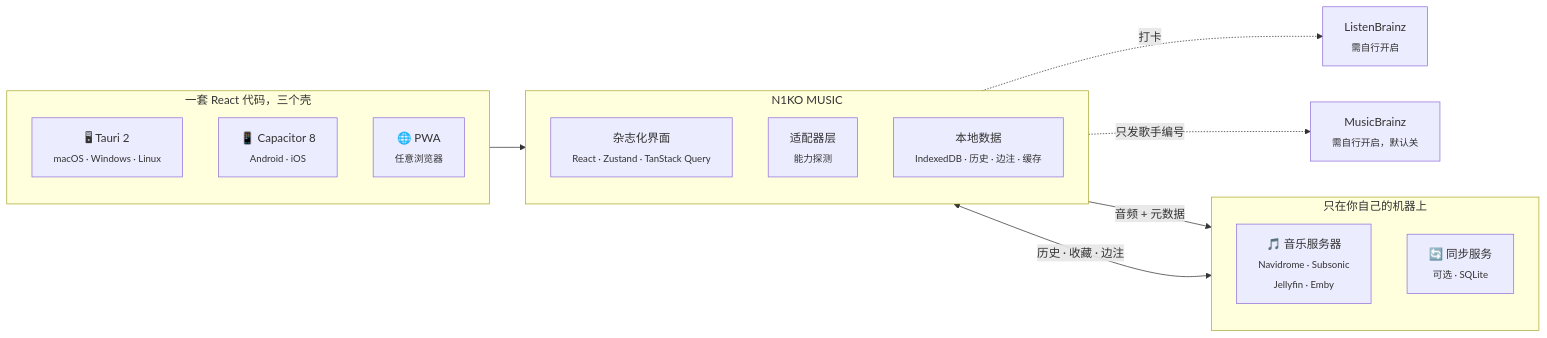
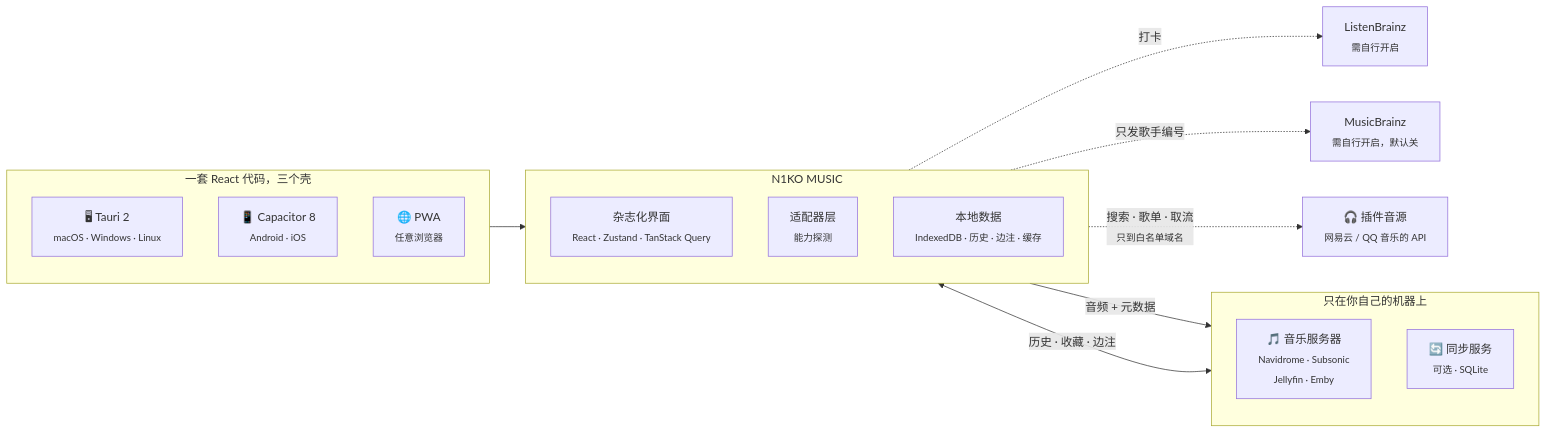
One commit to baogutang/N1KO-MUSIC changed the diagram in README_CN.md. Above: the diagram before and after it, drawn with Mermaid. The commit also changed other lines of this file and 27 other files, not shown here.

````diff
--- a/README_CN.md
+++ b/README_CN.md
@@ -211,31 +274,33 @@
 ```mermaid
 flowchart LR
     subgraph shells["一套 React 代码，三个壳"]
         direction TB
         D["🖥 Tauri 2<br/><sub>macOS · Windows · Linux</sub>"]
         M["📱 Capacitor 8<br/><sub>Android · iOS</sub>"]
         W["🌐 PWA<br/><sub>任意浏览器</sub>"]
     end
 
     subgraph app["N1KO MUSIC"]
         direction TB
         UI["杂志化界面<br/><sub>React · Zustand · TanStack Query</sub>"]
         AD["适配器层<br/><sub>能力探测</sub>"]
         LO["本地数据<br/><sub>IndexedDB · 历史 · 边注 · 缓存</sub>"]
     end
 
     subgraph yours["只在你自己的机器上"]
         direction TB
         S["🎵 音乐服务器<br/><sub>Navidrome · Subsonic<br/>Jellyfin · Emby</sub>"]
         B["🔄 同步服务<br/><sub>可选 · SQLite</sub>"]
     end
 
     shells --> app
     AD -->|"音频 + 元数据"| S
     LO <-->|"历史 · 收藏 · 边注"| B
 
     LB["ListenBrainz<br/><sub>需自行开启</sub>"]
     MB["MusicBrainz<br/><sub>需自行开启，默认关</sub>"]
+    P["🎧 插件音源<br/><sub>网易云 / QQ 音乐的 API</sub>"]
     LO -.->|"打卡"| LB
     AD -.->|"只发歌手编号"| MB
+    AD -.->|"搜索 · 歌单 · 取流<br/><sub>只到白名单域名</sub>"| P
 ```
````
